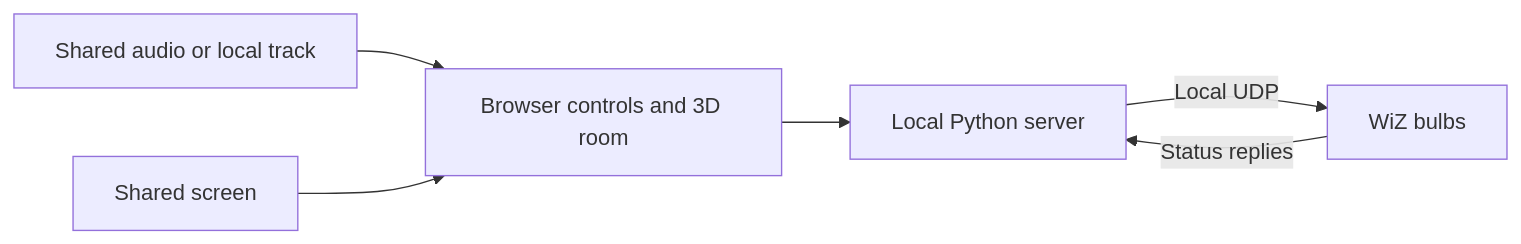
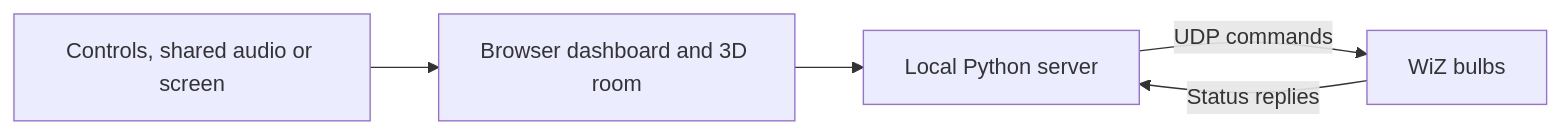
Before and after one commit to aryamanmittal24/wiz-lighting: the diagram in README.md, drawn with Mermaid. The commit also changed other lines of this file and 4 other files, not shown here.

````diff
--- a/README.md
+++ b/README.md
@@ -17,8 +58,7 @@
 ```mermaid
 flowchart LR
-  UI[Browser controls and 3D room] --> API[Local Python server]
-  Audio[Shared audio or local track] --> UI
-  Screen[Shared screen] --> UI
-  API -->|Local UDP| Lights[WiZ bulbs]
-  Lights -->|Status replies| API
+    Input[Controls, shared audio or screen] --> Browser[Browser dashboard and 3D room]
+    Browser --> Server[Local Python server]
+    Server -->|UDP commands| Bulbs[WiZ bulbs]
+    Bulbs -->|Status replies| Server
 ```
````
